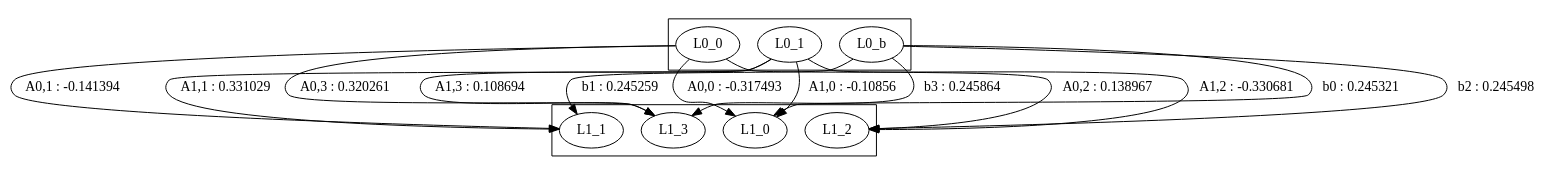
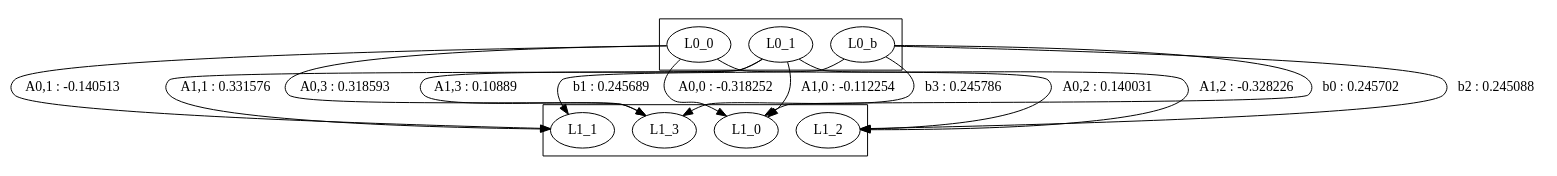
One commit to alex6792/ImageProcessingLib changed the diagram in test.dot. Above: the diagram before and after it, drawn with Graphviz. The commit also changed 27 other files, not shown here.

```diff
--- a/test.dot
+++ b/test.dot
@@ -1,25 +1,25 @@
 digraph G {
 	subgraph cluster_0 {
 		L0_0;
 		L0_1;
 		L0_b;
 	}
 	subgraph cluster_1 {
 		L1_0;
 		L1_1;
 		L1_2;
 		L1_3;
 	}
-	L0_0->L1_0 [label = "A0,0 : -0.317493" ];
-	L0_1->L1_0 [label = "A1,0 : -0.10856" ];
-	L0_b->L1_0 [label = "b0 : 0.245321" ];
-	L0_0->L1_1 [label = "A0,1 : -0.141394" ];
-	L0_1->L1_1 [label = "A1,1 : 0.331029" ];
-	L0_b->L1_1 [label = "b1 : 0.245259" ];
-	L0_0->L1_2 [label = "A0,2 : 0.138967" ];
-	L0_1->L1_2 [label = "A1,2 : -0.330681" ];
-	L0_b->L1_2 [label = "b2 : 0.245498" ];
-	L0_0->L1_3 [label = "A0,3 : 0.320261" ];
-	L0_1->L1_3 [label = "A1,3 : 0.108694" ];
-	L0_b->L1_3 [label = "b3 : 0.245864" ];
+	L0_0->L1_0 [label = "A0,0 : -0.318252" ];
+	L0_1->L1_0 [label = "A1,0 : -0.112254" ];
+	L0_b->L1_0 [label = "b0 : 0.245702" ];
+	L0_0->L1_1 [label = "A0,1 : -0.140513" ];
+	L0_1->L1_1 [label = "A1,1 : 0.331576" ];
+	L0_b->L1_1 [label = "b1 : 0.245689" ];
+	L0_0->L1_2 [label = "A0,2 : 0.140031" ];
+	L0_1->L1_2 [label = "A1,2 : -0.328226" ];
+	L0_b->L1_2 [label = "b2 : 0.245088" ];
+	L0_0->L1_3 [label = "A0,3 : 0.318593" ];
+	L0_1->L1_3 [label = "A1,3 : 0.10889" ];
+	L0_b->L1_3 [label = "b3 : 0.245786" ];
 }
```
